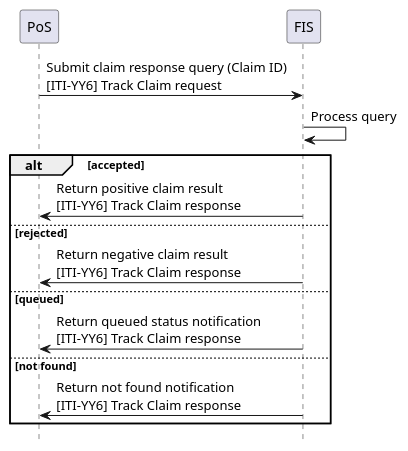
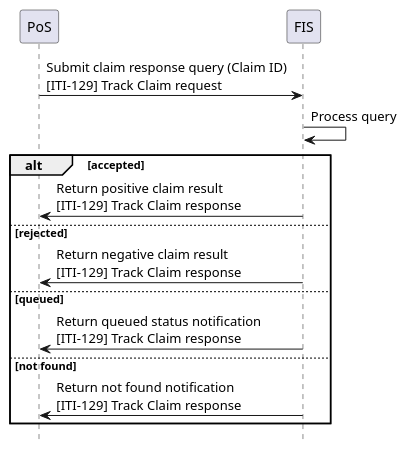
The diagram in input/images-source/usecase6-processflow.plantuml (IHE/ITI.Finance), drawn with PlantUML before and after one commit. The commit also changed 17 other files, not shown here.

```diff
--- a/input/images-source/usecase6-processflow.plantuml
+++ b/input/images-source/usecase6-processflow.plantuml
@@ -1,21 +1,21 @@
 @startuml
 skinparam svgDimensionStyle false
 hide footbox
 
 participant PoS
 participant FIS
 
-PoS -> FIS: Submit claim response query (Claim ID)\n&#91;ITI-YY6&#93; Track Claim request
+PoS -> FIS: Submit claim response query (Claim ID)\n&#91;ITI-129&#93; Track Claim request
 FIS -> FIS: Process query
 
 alt accepted
-	FIS -> PoS: Return positive claim result\n&#91;ITI-YY6&#93; Track Claim response
+	FIS -> PoS: Return positive claim result\n&#91;ITI-129&#93; Track Claim response
 else rejected
-	FIS -> PoS: Return negative claim result\n&#91;ITI-YY6&#93; Track Claim response
+	FIS -> PoS: Return negative claim result\n&#91;ITI-129&#93; Track Claim response
 else queued
-	FIS -> PoS: Return queued status notification\n&#91;ITI-YY6&#93; Track Claim response
+	FIS -> PoS: Return queued status notification\n&#91;ITI-129&#93; Track Claim response
 else not found
-	FIS -> PoS: Return not found notification\n&#91;ITI-YY6&#93; Track Claim response
+	FIS -> PoS: Return not found notification\n&#91;ITI-129&#93; Track Claim response
 end
 
 @enduml
```
